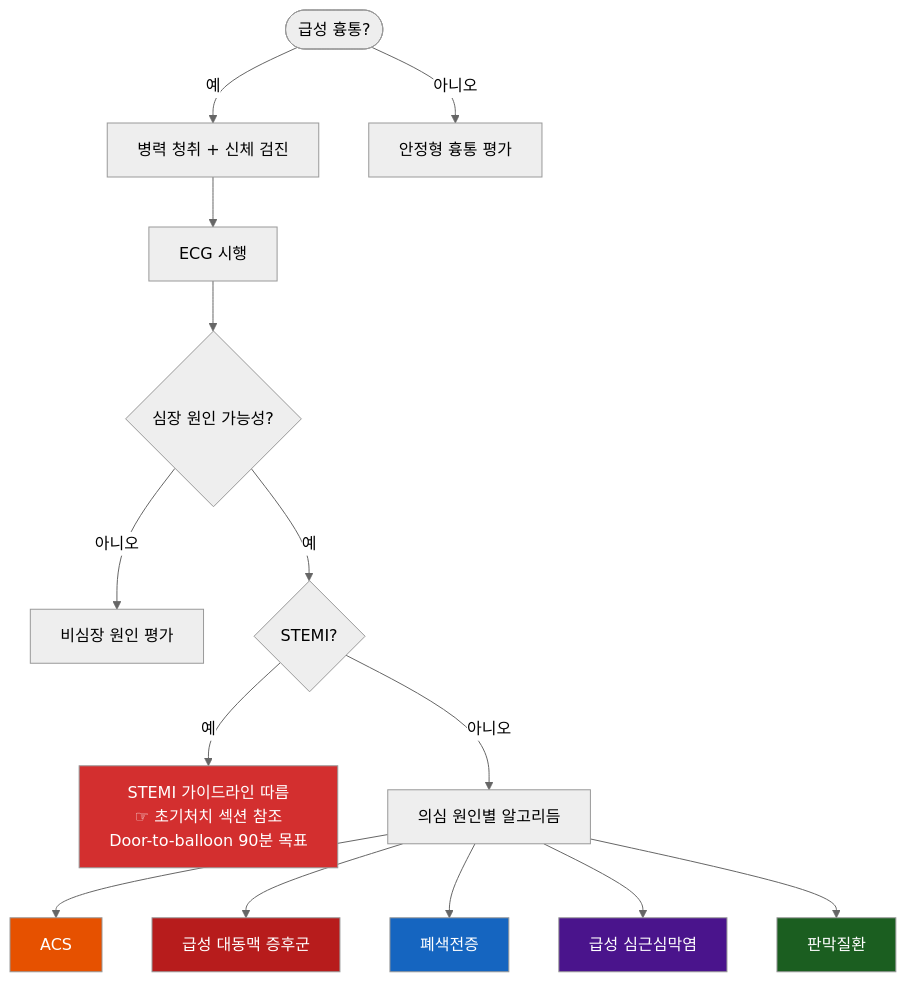
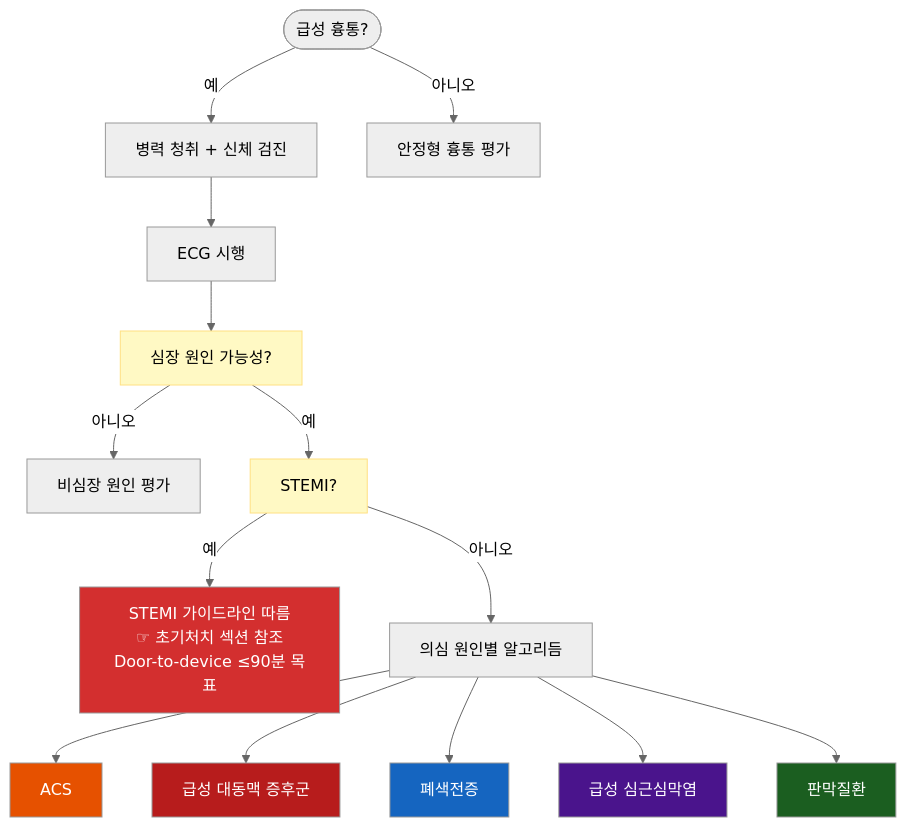
Before and after one commit to familyoh77/familyoh77: the second of 2 diagrams in 220_/002_-chest-pain.md, drawn with Mermaid (neutral theme). The commit also changed other lines of this file, not shown here.

````diff
--- a/220_/002_-chest-pain.md
+++ b/220_/002_-chest-pain.md
@@ -419,27 +418,29 @@
 ```mermaid
 flowchart TD
-    A([급성 흉통?]) -->|예| B[병력 청취 + 신체 검진]
-    A -->|아니오| Z[안정형 흉통 평가]
+    A(["급성 흉통?"]) -->|예| B["병력 청취 + 신체 검진"]
+    A -->|아니오| Z["안정형 흉통 평가"]
 
-    B --> C[ECG 시행]
+    B --> C["ECG 시행"]
 
-    C --> P{심장 원인 가능성?}
-    P -->|아니오| F[비심장 원인 평가]
-    P -->|예| Q{STEMI?}
+    C --> P["심장 원인 가능성?"]
+    P -->|아니오| F["비심장 원인 평가"]
+    P -->|예| Q["STEMI?"]
 
-    Q -->|예| D[STEMI 가이드라인 따름\n☞ 초기처치 섹션 참조\nDoor-to-balloon 90분 목표]
-    Q -->|아니오| E[의심 원인별 알고리듬]
+    Q -->|예| D["STEMI 가이드라인 따름<br>☞ 초기처치 섹션 참조<br>Door-to-device ≤90분 목표"]
+    Q -->|아니오| E["의심 원인별 알고리듬"]
 
-    E --> G[ACS]
-    E --> H[급성 대동맥 증후군]
-    E --> I[폐색전증]
-    E --> J[급성 심근심막염]
-    E --> K[판막질환]
+    E --> G["ACS"]
+    E --> H["급성 대동맥 증후군"]
+    E --> I["폐색전증"]
+    E --> J["급성 심근심막염"]
+    E --> K["판막질환"]
 
+    style P fill:#fff9c4,stroke:#ffe082
+    style Q fill:#fff9c4,stroke:#ffe082
     style D fill:#d32f2f,color:#fff
     style G fill:#e65100,color:#fff
     style H fill:#b71c1c,color:#fff
     style I fill:#1565c0,color:#fff
     style J fill:#4a148c,color:#fff
     style K fill:#1b5e20,color:#fff
 ```
````
